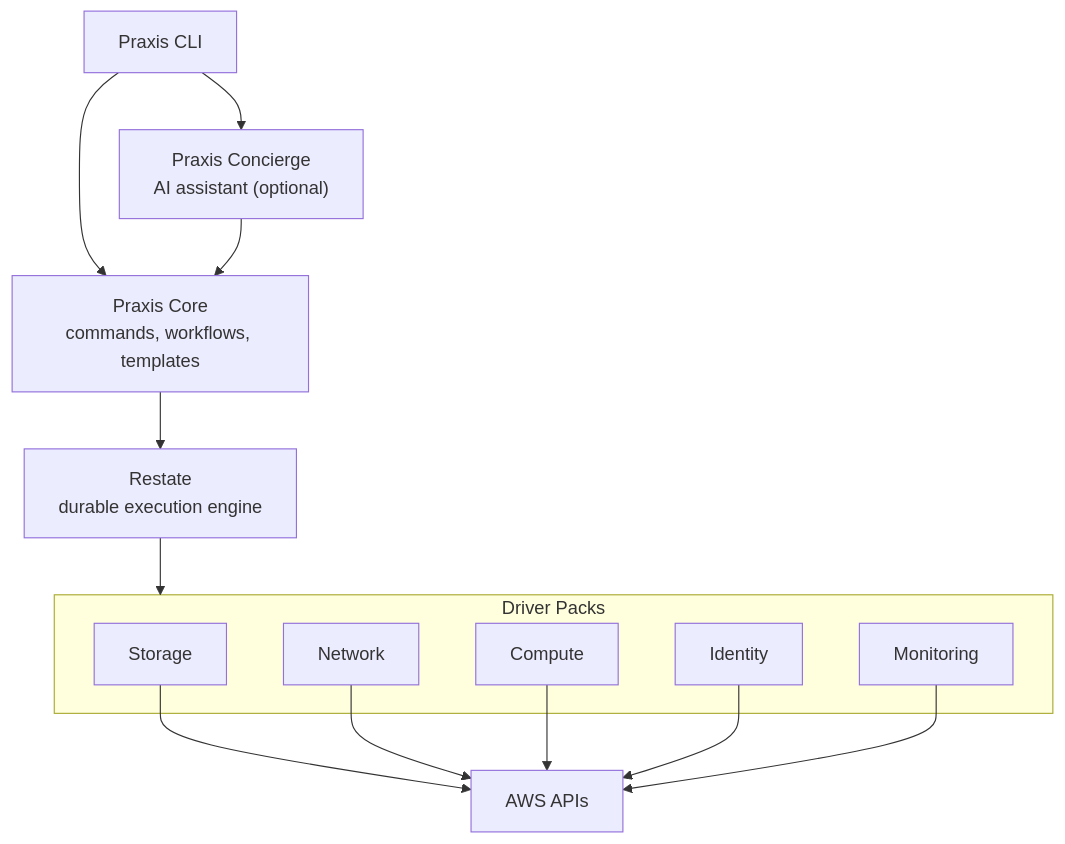
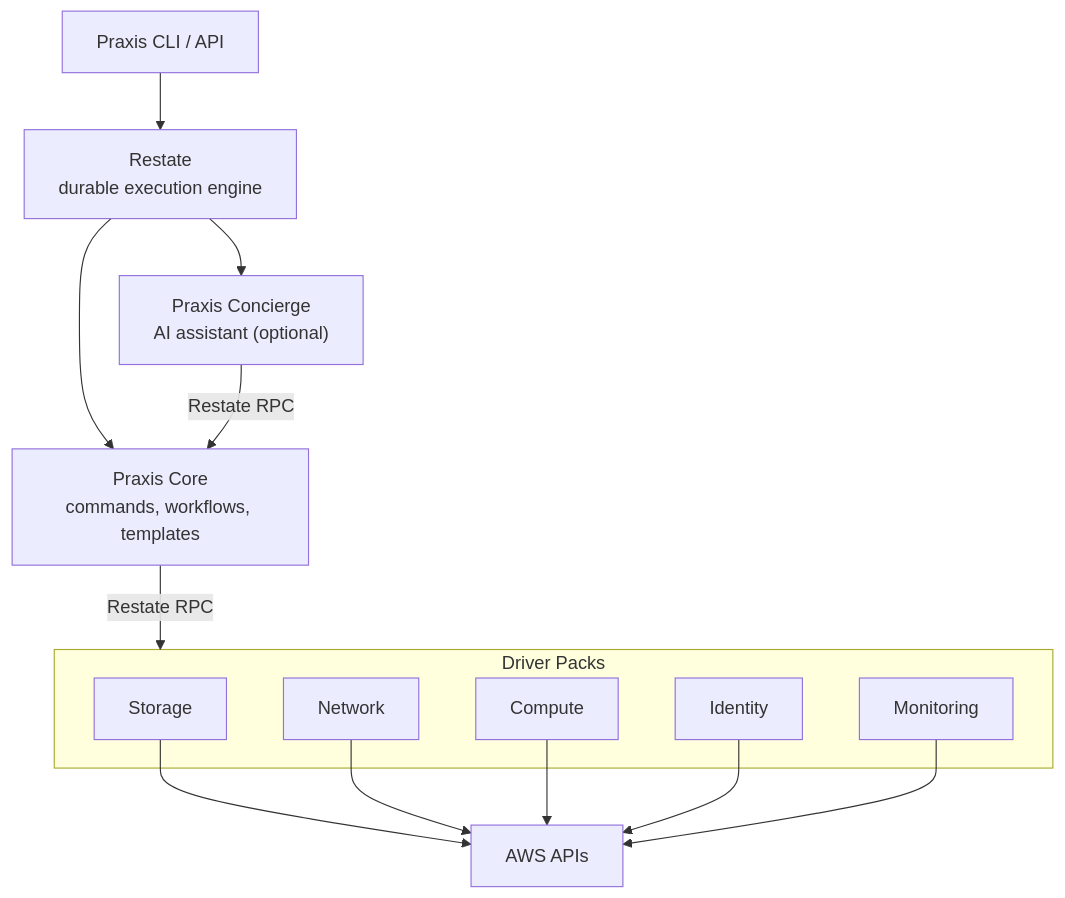
One commit to shirvan/praxis changed the diagram in README.md. Above: the diagram before and after it, drawn with Mermaid. The commit also changed other lines of this file and 38 other files, not shown here.

Commit message:
feat: helm chart! updated and re-organized docs, new format for architecture doc, small bug fixes

````diff
--- a/README.md
+++ b/README.md
@@ -15,22 +17,22 @@
 ```mermaid
 graph TD
-    CLI["Praxis CLI"] --> Core["Praxis Core<br/>commands, workflows, templates"]
-    CLI --> Concierge["Praxis Concierge<br/>AI assistant (optional)"]
-    Concierge --> Core
-    Core --> Restate["Restate<br/>durable execution engine"]
-    Restate --> Drivers
+    CLI["Praxis CLI / API"] --> Restate["Restate<br/>durable execution engine"]
+    Restate --> Core["Praxis Core<br/>commands, workflows, templates"]
+    Restate --> Concierge["Praxis Concierge<br/>AI assistant (optional)"]
+    Concierge -->|"Restate RPC"| Core
+    Core -->|"Restate RPC"| Drivers
 
     subgraph Drivers["Driver Packs"]
         Storage
         Network
         Compute
         Identity
         Monitoring
     end
 
     Storage --> AWS["AWS APIs"]
     Network --> AWS
     Compute --> AWS
     Identity --> AWS
     Monitoring --> AWS
 ```
````
